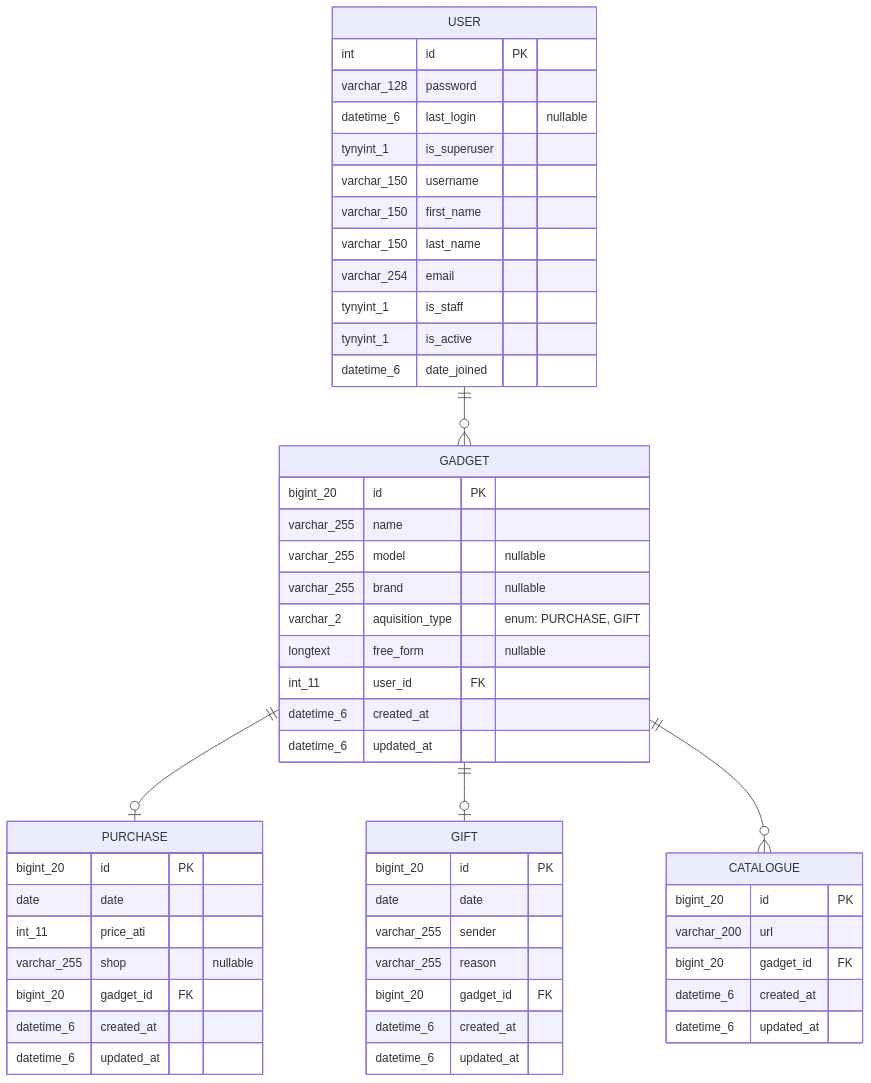
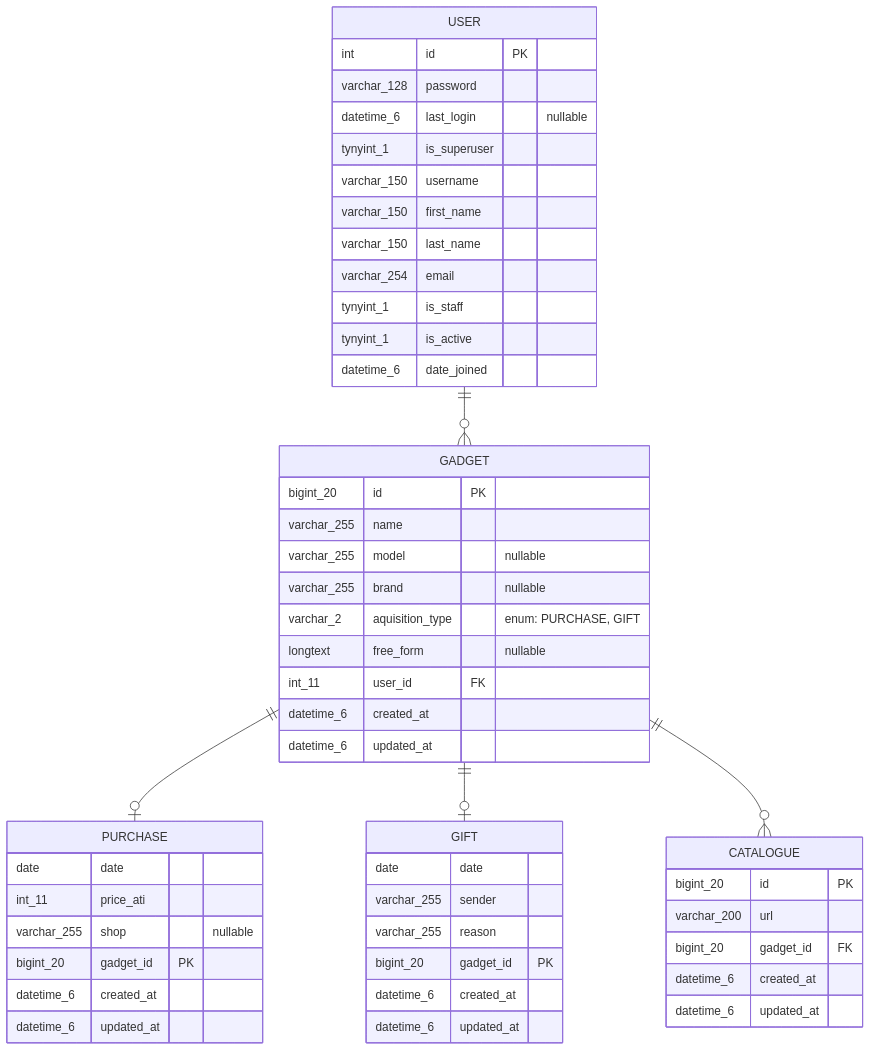
The diagram in docs/er_diagram.md (lynxlevin/gadget_collection), drawn with Mermaid before and after one commit. The commit also changed 6 other files, not shown here.

````diff
--- a/docs/er_diagram.md
+++ b/docs/er_diagram.md
@@ -1,57 +1,55 @@
 ```mermaid
 erDiagram
     USER ||--o{ GADGET : ""
     USER {
         int id PK
         varchar_128 password
         datetime_6 last_login "nullable"
         tynyint_1 is_superuser
         varchar_150 username
         varchar_150 first_name
         varchar_150 last_name
         varchar_254 email
         tynyint_1 is_staff
         tynyint_1 is_active
         datetime_6 date_joined
     }
     GADGET ||--o| PURCHASE : ""
     GADGET ||--o| GIFT : ""
     GADGET ||--o{ CATALOGUE : ""
     GADGET {
         bigint_20 id PK
         varchar_255 name
         varchar_255 model "nullable"
         varchar_255 brand "nullable"
         varchar_2 aquisition_type "enum: PURCHASE, GIFT"
         longtext free_form "nullable"
         int_11 user_id FK
         datetime_6 created_at
         datetime_6 updated_at
     }
     PURCHASE {
-        bigint_20 id PK
         date date
         int_11 price_ati
         varchar_255 shop "nullable"
-        bigint_20 gadget_id FK
+        bigint_20 gadget_id PK
         datetime_6 created_at
         datetime_6 updated_at
     }
     GIFT {
-        bigint_20 id PK
         date date
         varchar_255 sender
         varchar_255 reason
-        bigint_20 gadget_id FK
+        bigint_20 gadget_id PK
         datetime_6 created_at
         datetime_6 updated_at
     }
     CATALOGUE {
         bigint_20 id PK
         varchar_200 url
         bigint_20 gadget_id FK
         datetime_6 created_at
         datetime_6 updated_at
     }
 
 ```
````
